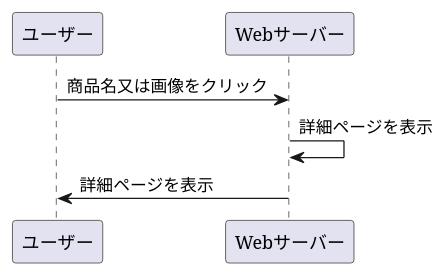
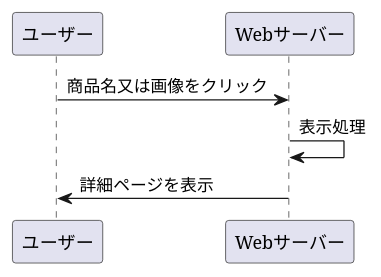
The diagram in gyoumu2.md (Aso2001174/2021sys-design), drawn with PlantUML before and after one commit.

````diff
--- a/gyoumu2.md
+++ b/gyoumu2.md
@@ -1,7 +1,7 @@
 ```uml
 @startuml
 ユーザー -> Webサーバー: 商品名又は画像をクリック
-Webサーバー -> Webサーバー: 詳細ページを表示
+Webサーバー -> Webサーバー: 表示処理
 Webサーバー -> ユーザー: 詳細ページを表示
 @enduml
 ```
````
